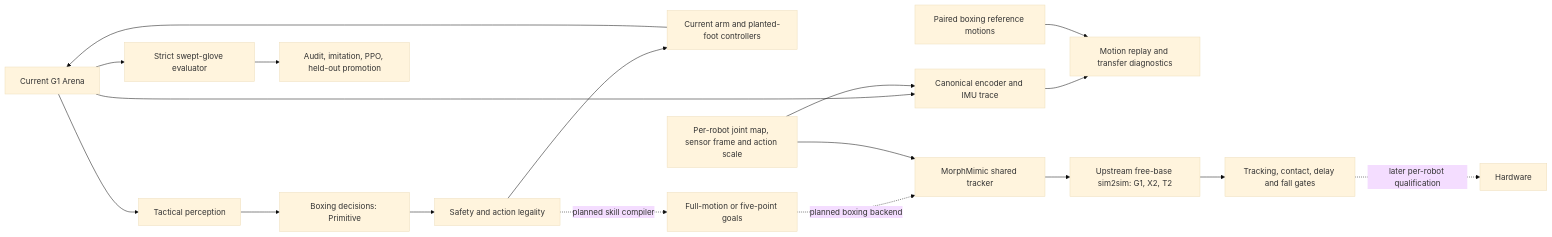
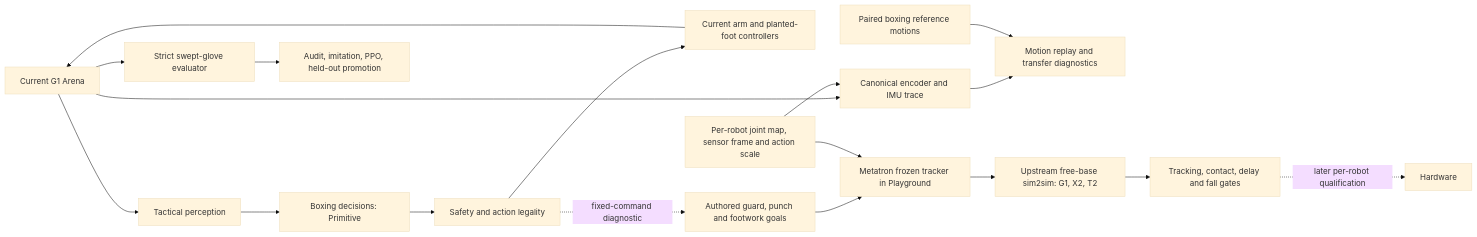
The diagram in docs/architecture.md (MaheshGoudT/ShadowBox), drawn with Mermaid (base theme) before and after one commit. The commit also changed other lines of this file and 81 other files, not shown here.

Commit message:
Integrate MuJoCo Playground boxing workflow

````diff
--- a/docs/architecture.md
+++ b/docs/architecture.md
@@ -13,20 +39,20 @@
 ```mermaid
 flowchart LR
     A[Current G1 Arena] --> P[Tactical perception]
     P --> D[Boxing decisions: Primitive]
     D --> S[Safety and action legality]
     S --> C[Current arm and planted-foot controllers]
     C --> A
     A --> R[Strict swept-glove evaluator]
     R --> L[Audit, imitation, PPO, held-out promotion]
     A --> E[Canonical encoder and IMU trace]
     B[Per-robot joint map, sensor frame and action scale] --> E
     E --> M[Motion replay and transfer diagnostics]
     V[Paired boxing reference motions] --> M
-    S -. planned skill compiler .-> G[Full-motion or five-point goals]
-    G -. planned boxing backend .-> T[MorphMimic shared tracker]
+    S -. fixed-command diagnostic .-> G[Authored guard, punch and footwork goals]
+    G --> T[Metatron frozen tracker in Playground]
     B --> T
     T --> F[Upstream free-base sim2sim: G1, X2, T2]
     F --> Q[Tracking, contact, delay and fall gates]
     Q -. later per-robot qualification .-> H[Hardware]
 ```
````
